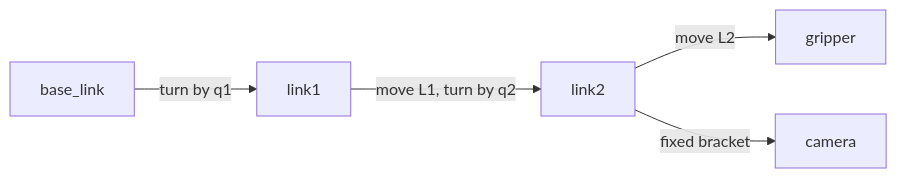
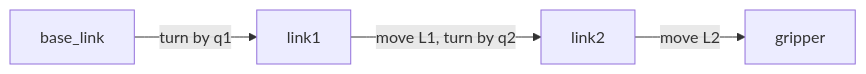
One commit to RobinNagpal/robotics-basics changed the diagram in docs/arm/overview.md. Above: the diagram before and after it, drawn with Mermaid. The commit also changed other lines of this file and 9 other files, not shown here.

````diff
--- a/docs/arm/overview.md
+++ b/docs/arm/overview.md
@@ -169,7 +169,6 @@
 ```mermaid
 flowchart LR
     base_link -->|"turn by q1"| link1
     link1 -->|"move L1, turn by q2"| link2
     link2 -->|"move L2"| gripper
-    link2 -->|"fixed bracket"| camera
 ```
````
